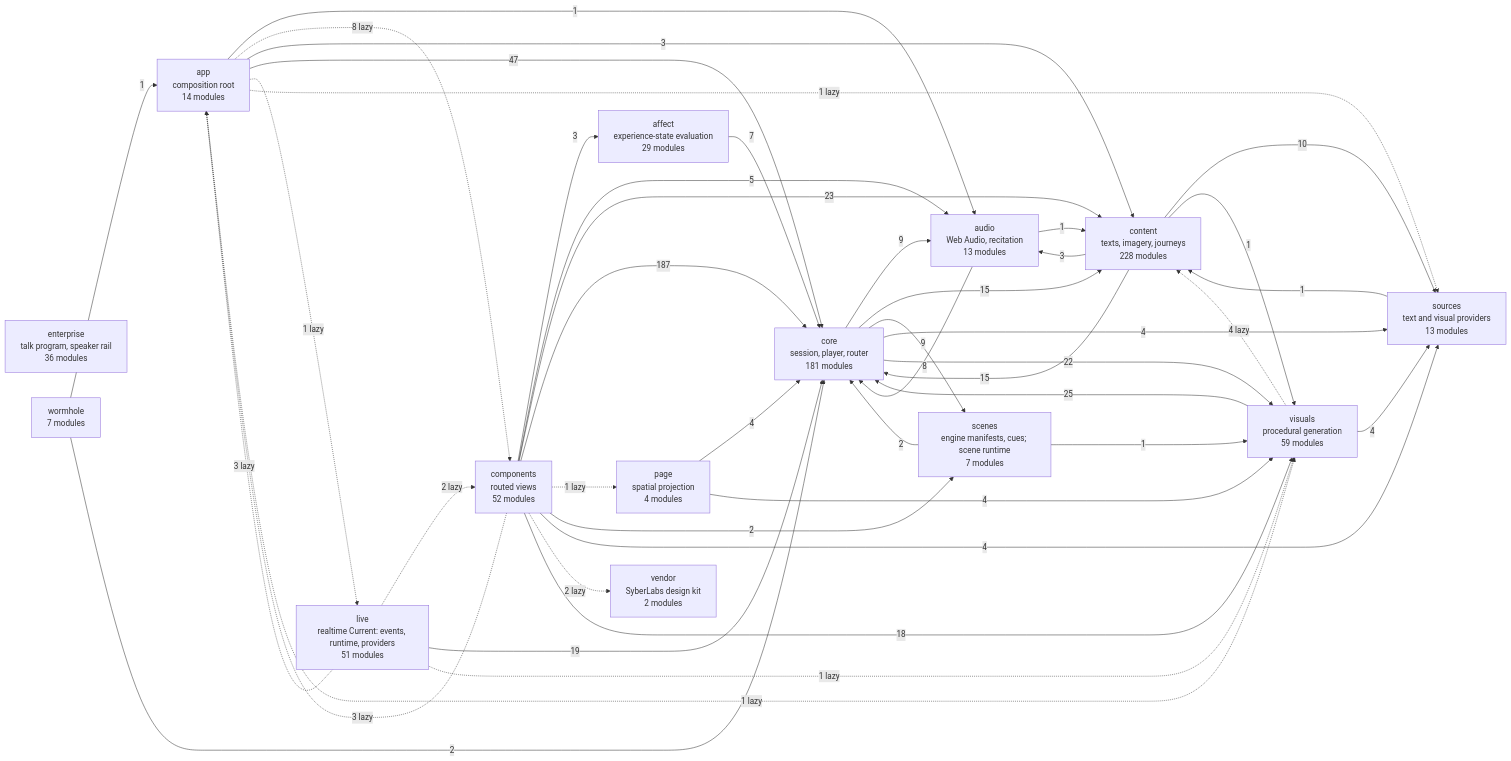
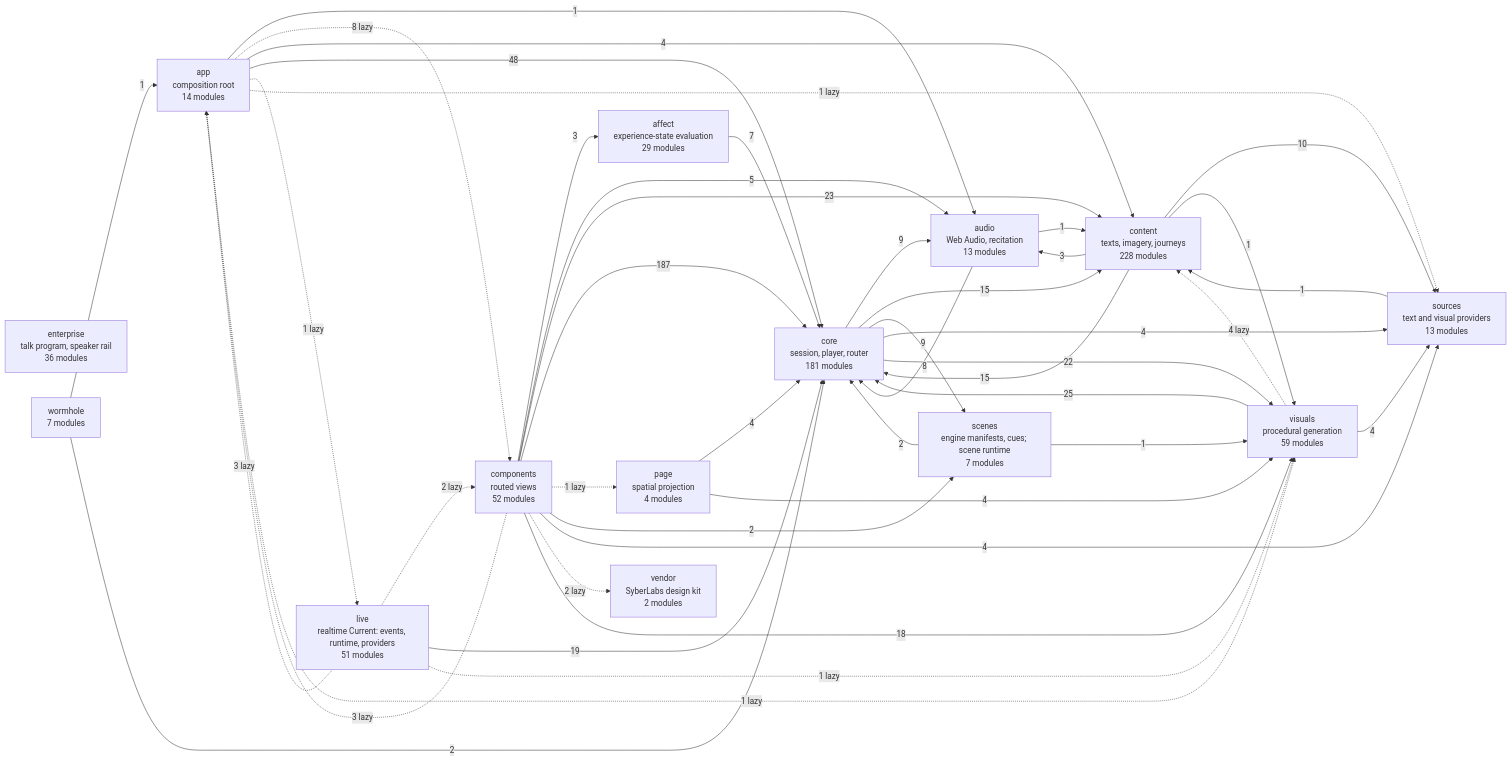
The diagram in docs/specs/ARCHITECTURE.md (SyberLabs/RISE), drawn with Mermaid before and after one commit. The commit also changed 14 other files, not shown here.

````diff
--- a/docs/specs/ARCHITECTURE.md
+++ b/docs/specs/ARCHITECTURE.md
@@ -156,61 +156,61 @@
 ```mermaid
 flowchart LR
     affect["affect<br/>experience-state evaluation<br/>29 modules"]
     app["app<br/>composition root<br/>14 modules"]
     audio["audio<br/>Web Audio, recitation<br/>13 modules"]
     components["components<br/>routed views<br/>52 modules"]
     content["content<br/>texts, imagery, journeys<br/>228 modules"]
     core["core<br/>session, player, router<br/>181 modules"]
     enterprise["enterprise<br/>talk program, speaker rail<br/>36 modules"]
     live["live<br/>realtime Current: events, runtime, providers<br/>51 modules"]
     page["page<br/>spatial projection<br/>4 modules"]
     scenes["scenes<br/>engine manifests, cues; scene runtime<br/>7 modules"]
     sources["sources<br/>text and visual providers<br/>13 modules"]
     vendor["vendor<br/>SyberLabs design kit<br/>2 modules"]
     visuals["visuals<br/>procedural generation<br/>59 modules"]
     wormhole["wormhole<br/>7 modules"]
 
     affect --> |7| core
     app --> |1| audio
     app -.-> |8 lazy| components
-    app --> |3| content
-    app --> |47| core
+    app --> |4| content
+    app --> |48| core
     app -.-> |1 lazy| live
     app -.-> |1 lazy| sources
     app -.-> |1 lazy| visuals
     audio --> |1| content
     audio --> |8| core
     components --> |3| affect
     components -.-> |3 lazy| app
     components --> |5| audio
     components --> |23| content
     components --> |187| core
     components -.-> |1 lazy| page
     components --> |2| scenes
     components --> |4| sources
     components -.-> |2 lazy| vendor
     components --> |18| visuals
     content --> |3| audio
     content --> |15| core
     content --> |10| sources
     content --> |1| visuals
     core --> |9| audio
     core --> |15| content
     core --> |9| scenes
     core --> |4| sources
     core --> |22| visuals
     live -.-> |3 lazy| app
     live -.-> |2 lazy| components
     live --> |19| core
     live -.-> |1 lazy| visuals
     page --> |4| core
     page --> |4| visuals
     scenes --> |2| core
     scenes --> |1| visuals
     sources --> |1| content
     visuals -.-> |4 lazy| content
     visuals --> |25| core
     visuals --> |4| sources
     wormhole --> |1| app
     wormhole --> |2| core
 ```
````
